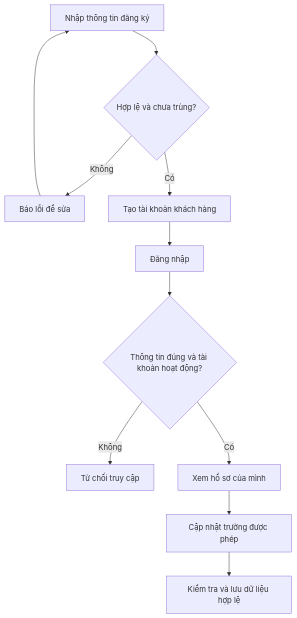
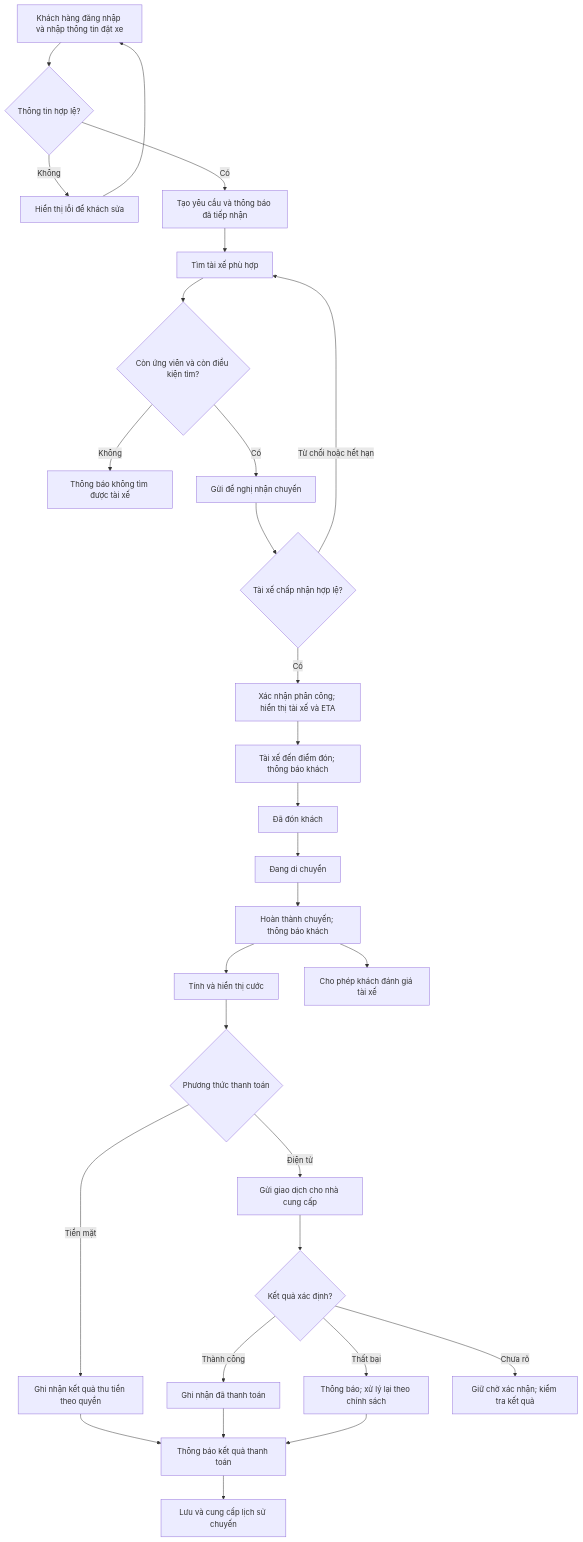
The first of 3 diagrams in srs.md (fitduycao/23662021_ToNguyenKhanhDuy_CABSYSTEM), drawn with Mermaid before and after one commit. The commit also changed other lines of this file, not shown here.

````diff
--- a/srs.md
+++ b/srs.md
@@ -141,13 +170,31 @@
 ```mermaid
 flowchart TD
-    A[Nhập thông tin đăng ký] --> B{Hợp lệ và chưa trùng?}
-    B -- Không --> C[Báo lỗi để sửa]
+    A[Khách hàng đăng nhập và nhập thông tin đặt xe] --> B{Thông tin hợp lệ?}
+    B -- Không --> C[Hiển thị lỗi để khách sửa]
     C --> A
-    B -- Có --> D[Tạo tài khoản khách hàng]
-    D --> E[Đăng nhập]
-    E --> F{Thông tin đúng và tài khoản hoạt động?}
-    F -- Không --> G[Từ chối truy cập]
-    F -- Có --> H[Xem hồ sơ của mình]
-    H --> I[Cập nhật trường được phép]
-    I --> J[Kiểm tra và lưu dữ liệu hợp lệ]
+    B -- Có --> D[Tạo yêu cầu và thông báo đã tiếp nhận]
+    D --> E[Tìm tài xế phù hợp]
+    E --> F{Còn ứng viên và còn điều kiện tìm?}
+    F -- Không --> G[Thông báo không tìm được tài xế]
+    F -- Có --> H[Gửi đề nghị nhận chuyến]
+    H --> I{Tài xế chấp nhận hợp lệ?}
+    I -- Từ chối hoặc hết hạn --> E
+    I -- Có --> J[Xác nhận phân công; hiển thị tài xế và ETA]
+    J --> K[Tài xế đến điểm đón; thông báo khách]
+    K --> L[Đã đón khách]
+    L --> M[Đang di chuyển]
+    M --> N[Hoàn thành chuyến; thông báo khách]
+    N --> O[Tính và hiển thị cước]
+    O --> P{Phương thức thanh toán}
+    P -- Tiền mặt --> Q[Ghi nhận kết quả thu tiền theo quyền]
+    P -- Điện tử --> R[Gửi giao dịch cho nhà cung cấp]
+    R --> S{Kết quả xác định?}
+    S -- Thành công --> T[Ghi nhận đã thanh toán]
+    S -- Thất bại --> U[Thông báo; xử lý lại theo chính sách]
+    S -- Chưa rõ --> V[Giữ chờ xác nhận; kiểm tra kết quả]
+    Q --> W[Thông báo kết quả thanh toán]
+    T --> W
+    U --> W
+    W --> X[Lưu và cung cấp lịch sử chuyến]
+    N --> Y[Cho phép khách đánh giá tài xế]
 ```
````
